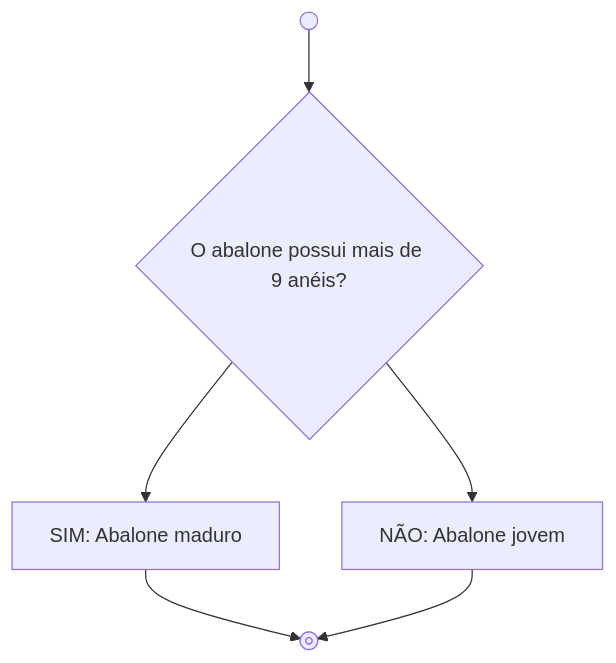
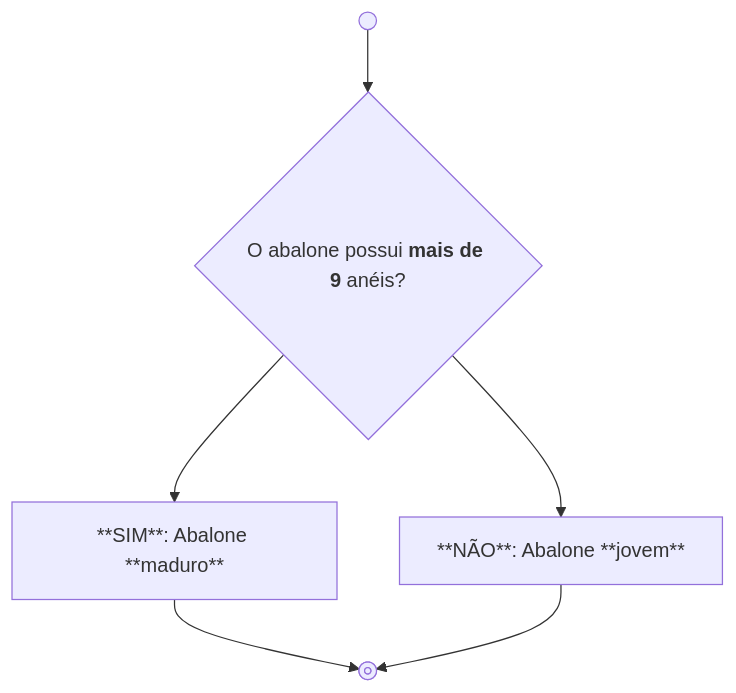
One commit to jessieli-avellar/ml-classification-abalone changed the diagram in README.md. Above: the diagram before and after it, drawn with Mermaid.

````diff
--- a/README.md
+++ b/README.md
@@ -20,8 +20,8 @@
 ```mermaid
 graph TD
-  S@{ shape: sm-circ, label: "Small start" } --> A@{ shape: diamond, label: "O abalone possui mais de 9 anéis?" }
-  A --> B["SIM: Abalone maduro"]
-  A --> C[" NÃO: Abalone jovem"]
+  S@{ shape: sm-circ, label: "Small start" } --> A@{ shape: diamond, label: "O abalone possui **mais de 9** anéis?" }
+  A --> B["**SIM**: Abalone **maduro**"]
+  A --> C["**NÃO**: Abalone **jovem**"]
   B --> t@{ shape: framed-circle, label: "Stop" }
   C --> t@{ shape: framed-circle, label: "Stop" }
 ```
````
